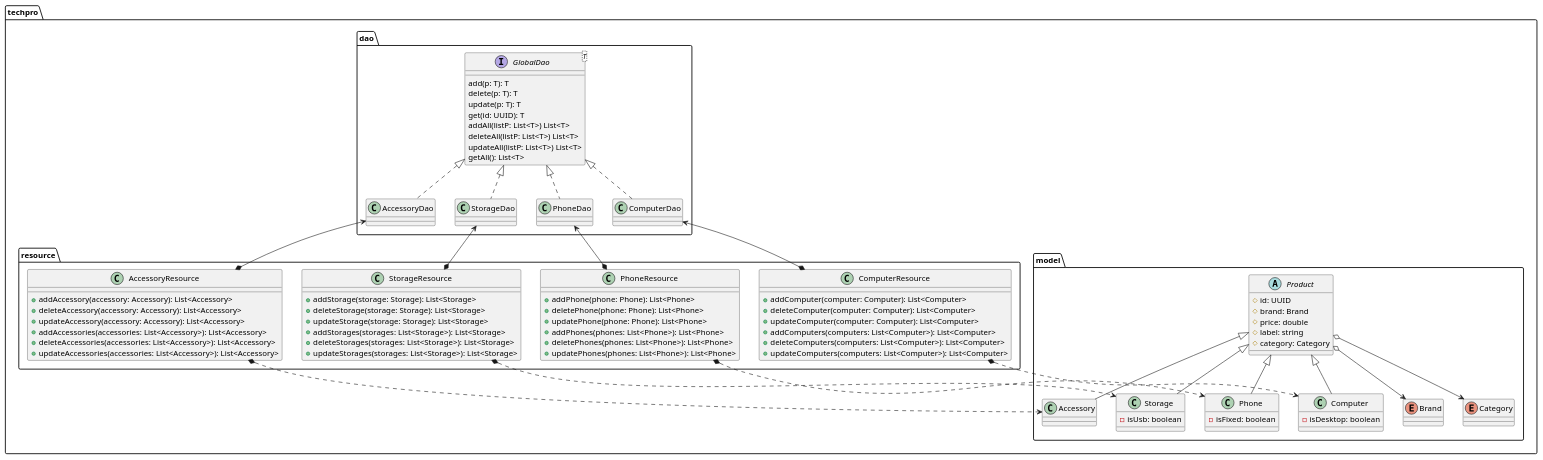
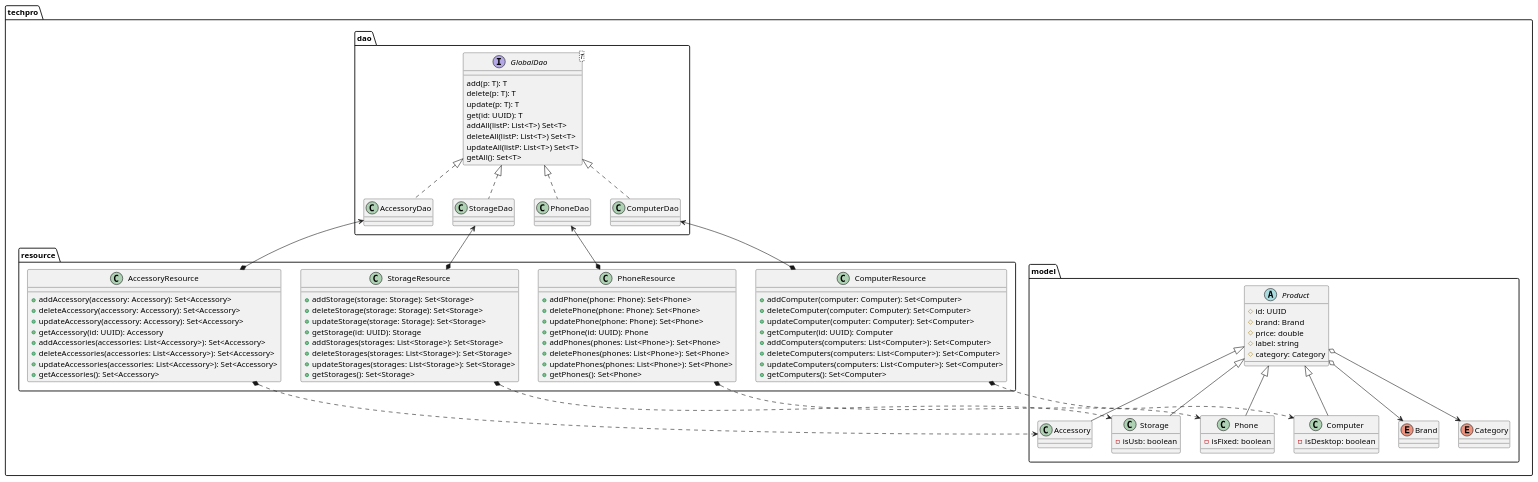
The diagram in docs/Techpro.wsd (FannyLourioux/Techpro), drawn with PlantUML before and after one commit.

Commit message:
docs: update class diagram

```diff
--- a/docs/Techpro.wsd
+++ b/docs/Techpro.wsd
@@ -1,115 +1,123 @@
 @startuml Techpro
 
 package techpro {
     package model {
         enum Brand {
         }
         enum Category {
         }
 
         abstract class Product {
             # id: UUID
             # brand: Brand
             # price: double
             # label: string
             # category: Category
         }
 
         class Computer extends Product {
             - isDesktop: boolean
         }
 
         class Phone extends Product {
             - isFixed: boolean
         }
 
         class Storage extends Product {
             - isUsb: boolean
         }
 
         class Accessory extends Product {
         }
 
     }
     package dao{
         interface GlobalDao<T> {
             add(p: T): T
             delete(p: T): T
             update(p: T): T
             get(id: UUID): T
-            addAll(listP: List<T>) List<T>
-            deleteAll(listP: List<T>) List<T>
-            updateAll(listP: List<T>) List<T>
-            getAll(): List<T>
+            addAll(listP: List<T>) Set<T>
+            deleteAll(listP: List<T>) Set<T>
+            updateAll(listP: List<T>) Set<T>
+            getAll(): Set<T>
         }
 
         class ComputerDao implements GlobalDao{
             
         }
 
         class PhoneDao implements GlobalDao{
 
         }
 
         class StorageDao implements GlobalDao{
 
         }
 
         class AccessoryDao implements GlobalDao{
 
         }
 
     }
     package resource{
         class ComputerResource {
-            + addComputer(computer: Computer): List<Computer>
-            + deleteComputer(computer: Computer): List<Computer>
-            + updateComputer(computer: Computer): List<Computer>
-            + addComputers(computers: List<Computer>): List<Computer>
-            + deleteComputers(computers: List<Computer>): List<Computer>
-            + updateComputers(computers: List<Computer>): List<Computer>
+            + addComputer(computer: Computer): Set<Computer>
+            + deleteComputer(computer: Computer): Set<Computer>
+            + updateComputer(computer: Computer): Set<Computer>
+            + getComputer(id: UUID): Computer
+            + addComputers(computers: List<Computer>): Set<Computer>
+            + deleteComputers(computers: List<Computer>): Set<Computer>
+            + updateComputers(computers: List<Computer>): Set<Computer>
+            + getComputers(): Set<Computer>
         }
 
         class PhoneResource {
-            + addPhone(phone: Phone): List<Phone>
-            + deletePhone(phone: Phone): List<Phone>
-            + updatePhone(phone: Phone): List<Phone>
-            + addPhones(phones: List<Phone>): List<Phone>
-            + deletePhones(phones: List<Phone>): List<Phone>
-            + updatePhones(phones: List<Phone>): List<Phone>
+            + addPhone(phone: Phone): Set<Phone>
+            + deletePhone(phone: Phone): Set<Phone>
+            + updatePhone(phone: Phone): Set<Phone>
+            + getPhone(id: UUID): Phone
+            + addPhones(phones: List<Phone>): Set<Phone>
+            + deletePhones(phones: List<Phone>): Set<Phone>
+            + updatePhones(phones: List<Phone>): Set<Phone>
+            + getPhones(): Set<Phone>
         }
 
         class StorageResource {
-            + addStorage(storage: Storage): List<Storage>
-            + deleteStorage(storage: Storage): List<Storage>
-            + updateStorage(storage: Storage): List<Storage>
-            + addStorages(storages: List<Storage>): List<Storage>
-            + deleteStorages(storages: List<Storage>): List<Storage>
-            + updateStorages(storages: List<Storage>): List<Storage>
+            + addStorage(storage: Storage): Set<Storage>
+            + deleteStorage(storage: Storage): Set<Storage>
+            + updateStorage(storage: Storage): Set<Storage>
+            + getStorage(id: UUID): Storage
+            + addStorages(storages: List<Storage>): Set<Storage>
+            + deleteStorages(storages: List<Storage>): Set<Storage>
+            + updateStorages(storages: List<Storage>): Set<Storage>
+            + getStorages(): Set<Storage>
         }
 
         class AccessoryResource {
-            + addAccessory(accessory: Accessory): List<Accessory>
-            + deleteAccessory(accessory: Accessory): List<Accessory>
-            + updateAccessory(accessory: Accessory): List<Accessory>
-            + addAccessories(accessories: List<Accessory>): List<Accessory>
-            + deleteAccessories(accessories: List<Accessory>): List<Accessory>
-            + updateAccessories(accessories: List<Accessory>): List<Accessory>
+            + addAccessory(accessory: Accessory): Set<Accessory>
+            + deleteAccessory(accessory: Accessory): Set<Accessory>
+            + updateAccessory(accessory: Accessory): Set<Accessory>
+            + getAccessory(id: UUID): Accessory
+            + addAccessories(accessories: List<Accessory>): Set<Accessory>
+            + deleteAccessories(accessories: List<Accessory>): Set<Accessory>
+            + updateAccessories(accessories: List<Accessory>): Set<Accessory>
+            + getAccessories(): Set<Accessory>
         }
     }
 }
 
 Product o--> Category
 Product o--> Brand
 
 ComputerResource *-up-> ComputerDao
 PhoneResource *-up-> PhoneDao
 StorageResource *-up-> StorageDao
 AccessoryResource *-up-> AccessoryDao
 
 ComputerResource *..> Computer
 PhoneResource *..> Phone
 StorageResource *..> Storage
 AccessoryResource *..> Accessory
 
 @endpuml
```
